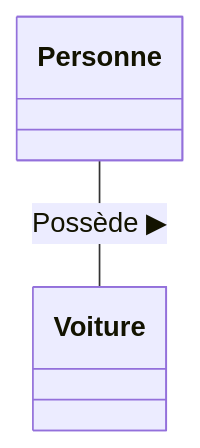
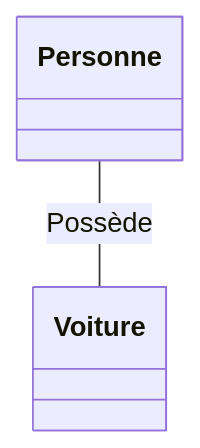
One commit to Vtheonly/Obsidian_Notes changed the first of 3 diagrams in Master 1/S2/Advanced Code Patterns/Chapter 2.1: Class Diagram Relationships/202 Associations Roles and Navigability.md. Above: the diagram before and after it, drawn with Mermaid. The commit also changed other lines of this file and 148 other files, not shown here.

````diff
--- a/Master 1/S2/Advanced Code Patterns/Chapter 2.1: Class Diagram Relationships/202 Associations Roles and Navigability.md
+++ b/Master 1/S2/Advanced Code Patterns/Chapter 2.1: Class Diagram Relationships/202 Associations Roles and Navigability.md
@@ -17,6 +17,6 @@
 ```mermaid
 classDiagram
     class Personne
     class Voiture
-    Personne -- Voiture : Possède ▶
+    Personne -- Voiture : Possède 
 ```
````
